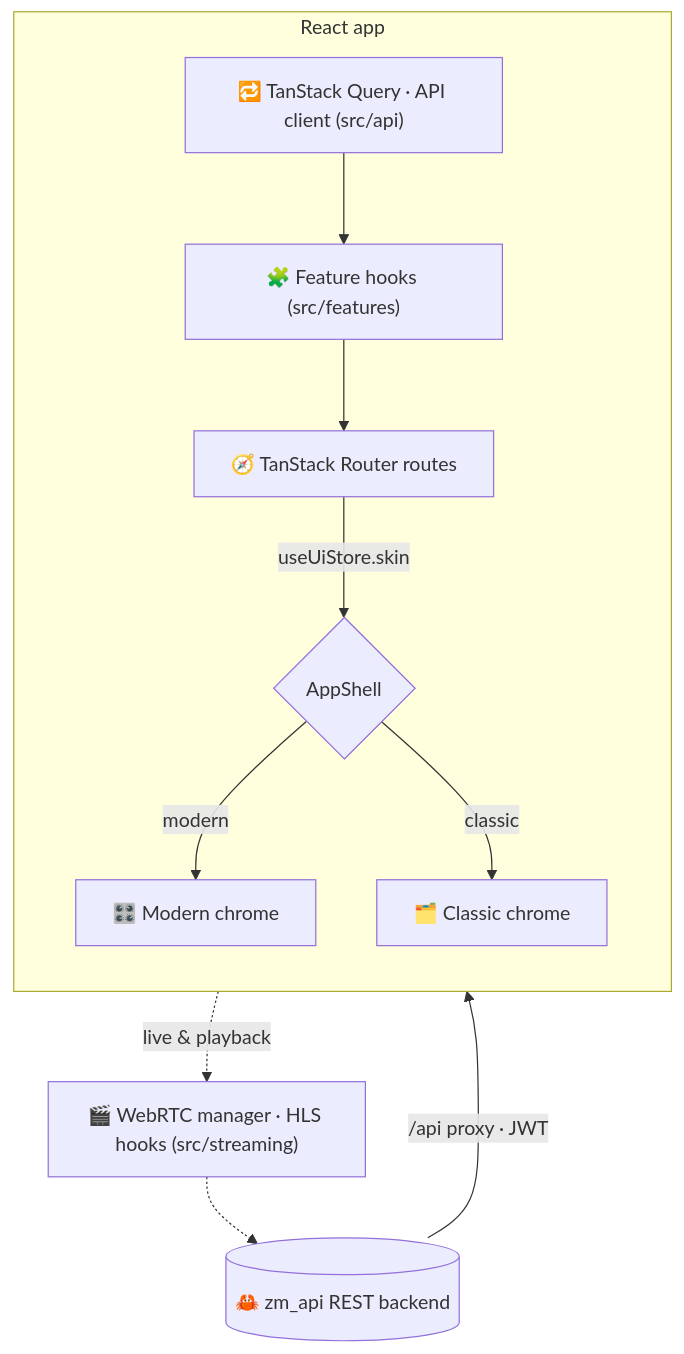
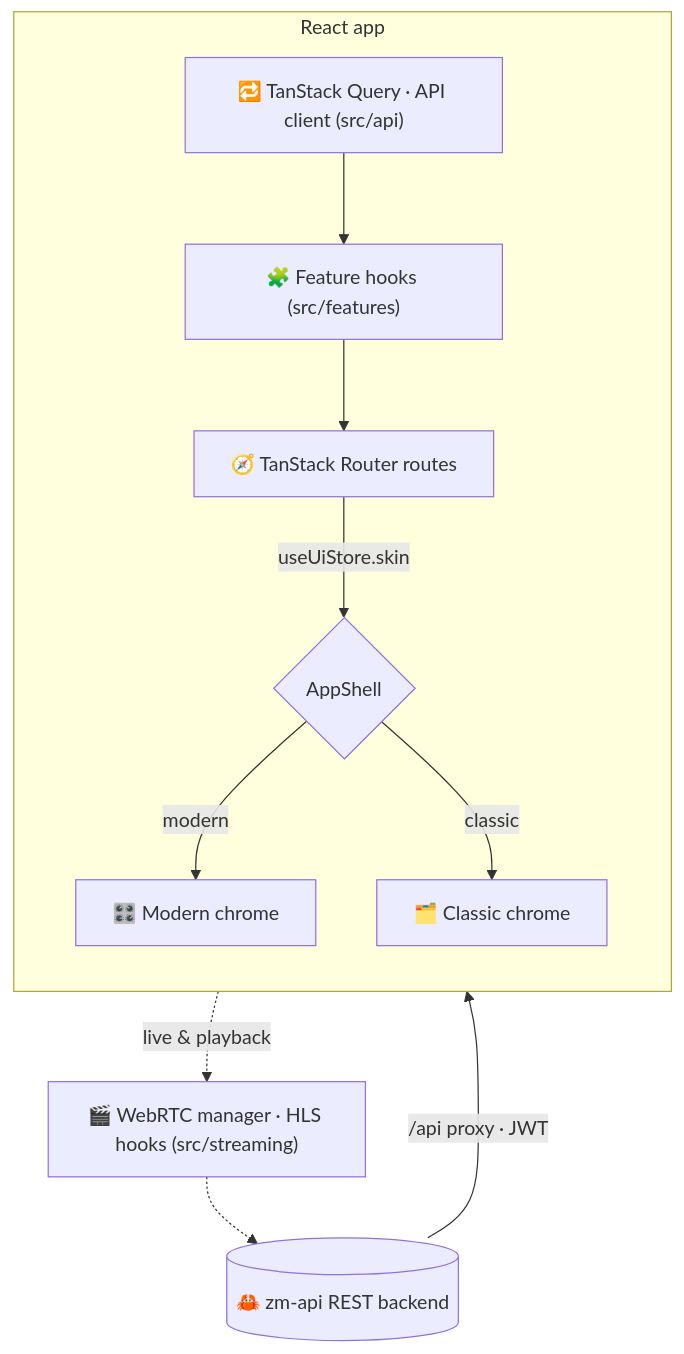
The diagram in README.md (SteveGilvarry/zm-web), drawn with Mermaid before and after one commit. The commit also changed other lines of this file and 75 other files, not shown here.

````diff
--- a/README.md
+++ b/README.md
@@ -95,16 +95,16 @@
 ```mermaid
 flowchart TD
-    API[("🦀 zm_api REST backend")] -->|/api proxy · JWT| Client
+    API[("🦀 zm-api REST backend")] -->|/api proxy · JWT| Client
 
     subgraph Client["React app"]
         direction TB
         Q["🔁 TanStack Query · API client (src/api)"] --> Hooks["🧩 Feature hooks (src/features)"]
         Hooks --> Routes["🧭 TanStack Router routes"]
         Routes -->|useUiStore.skin| Shell{"AppShell"}
         Shell -->|modern| MC["🎛️ Modern chrome"]
         Shell -->|classic| CL["🗂️ Classic chrome"]
     end
 
     Hooks -.live & playback.-> Stream["🎬 WebRTC manager · HLS hooks (src/streaming)"]
     Stream -.-> API
 ```
````
